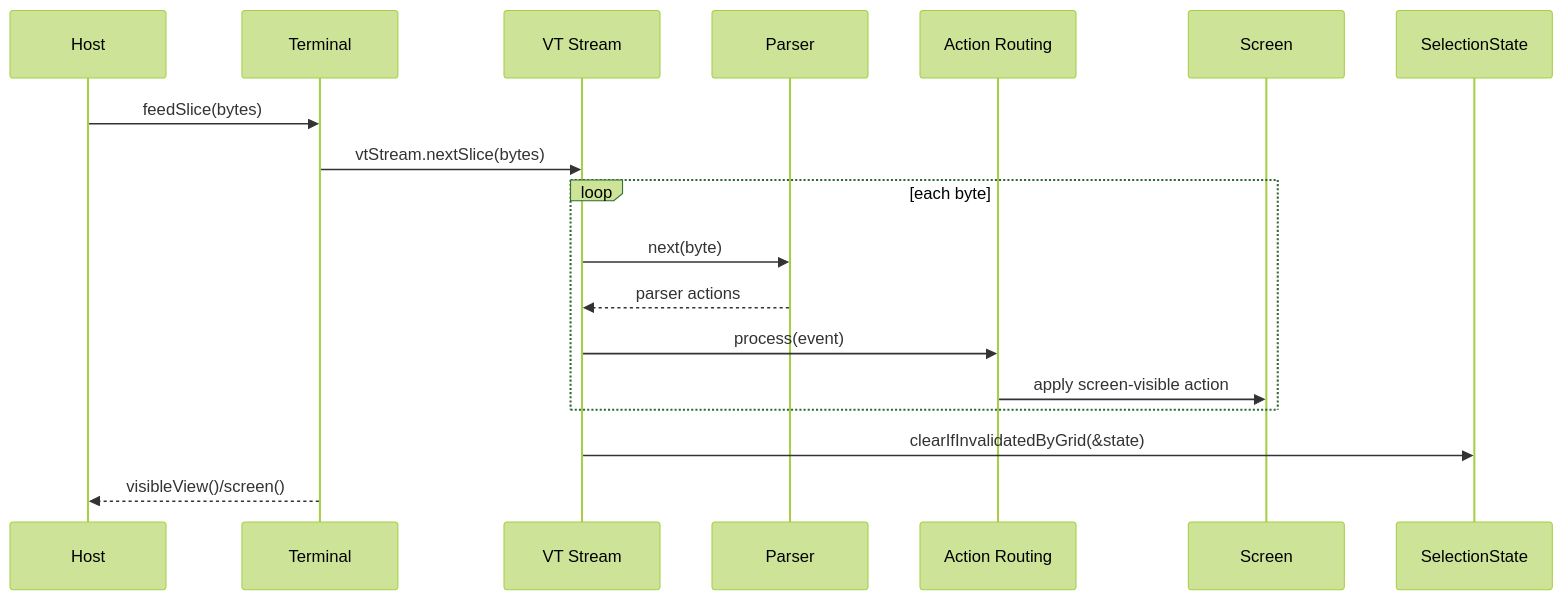
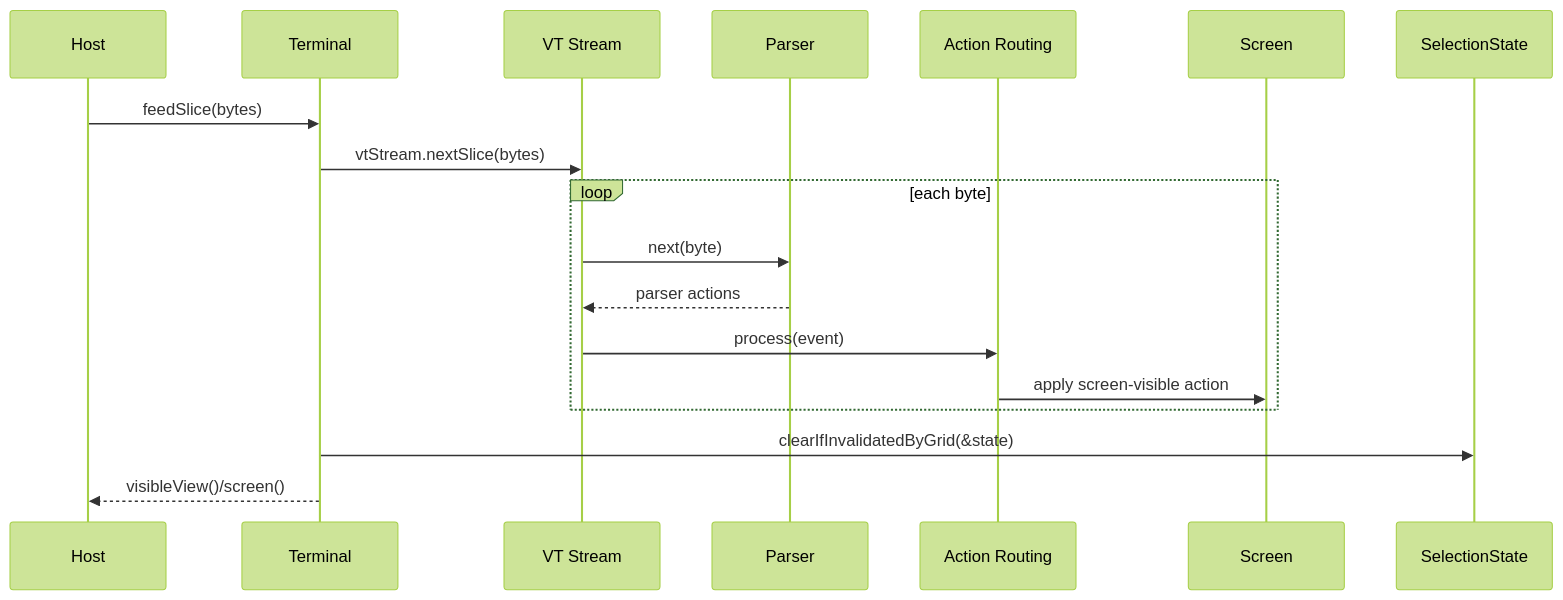
One commit to LaurenceGuws/howl-vt changed the third of 4 diagrams in design.md. Above: the diagram before and after it, drawn with Mermaid (forest theme). The commit also changed other lines of this file and 2 other files, not shown here.

````diff
--- a/design.md
+++ b/design.md
@@ -125,21 +125,21 @@
 ```mermaid
 sequenceDiagram
     participant Host
     participant V as Terminal
     participant T as VT Stream
     participant P as Parser
     participant A as Action Routing
     participant G as Screen
     participant S as SelectionState
 
     Host->>V: feedSlice(bytes)
     V->>T: vtStream.nextSlice(bytes)
     loop each byte
         T->>P: next(byte)
         P-->>T: parser actions
         T->>A: process(event)
         A->>G: apply screen-visible action
     end
-    T->>S: clearIfInvalidatedByGrid(&state)
+    V->>S: clearIfInvalidatedByGrid(&state)
     V-->>Host: visibleView()/screen()
 ```
````
